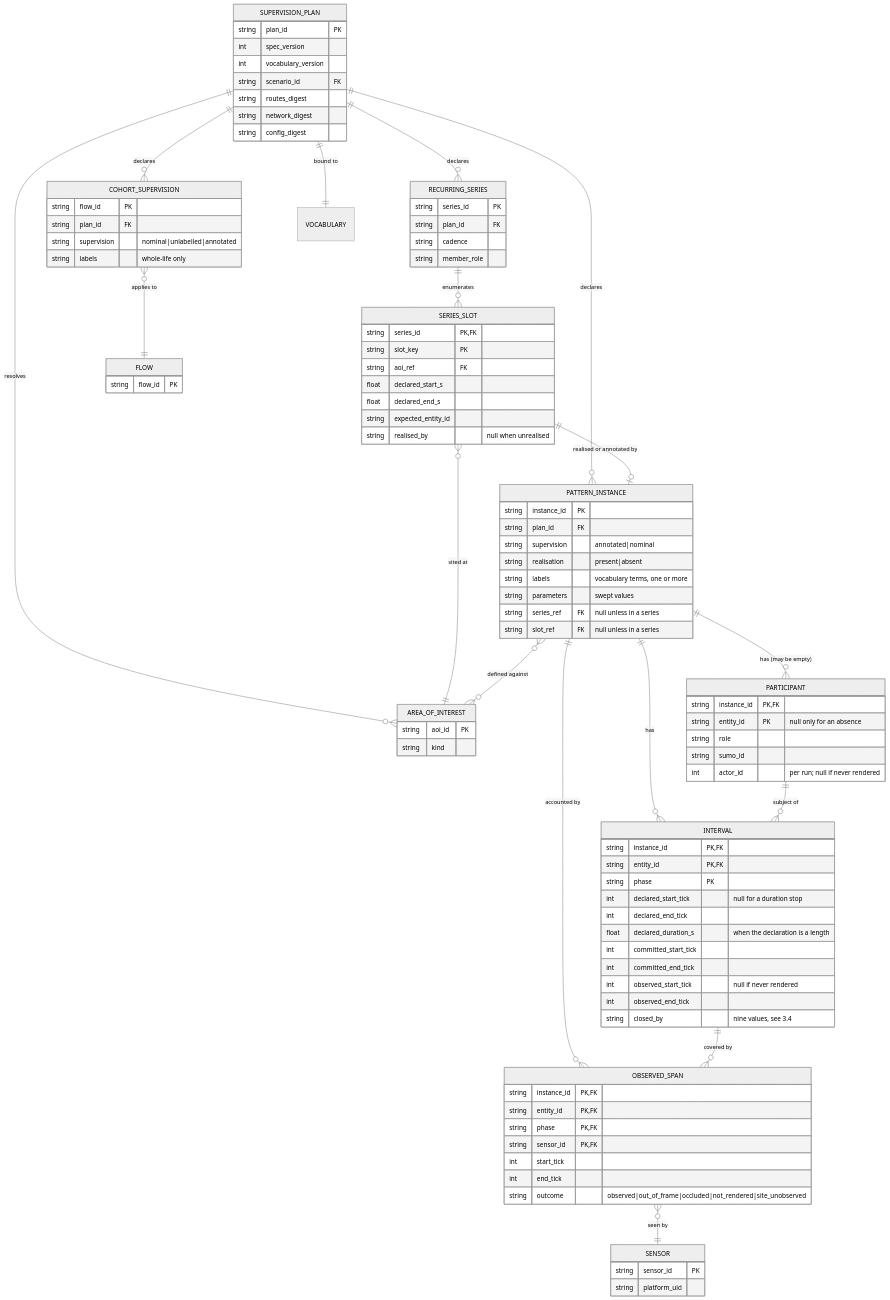
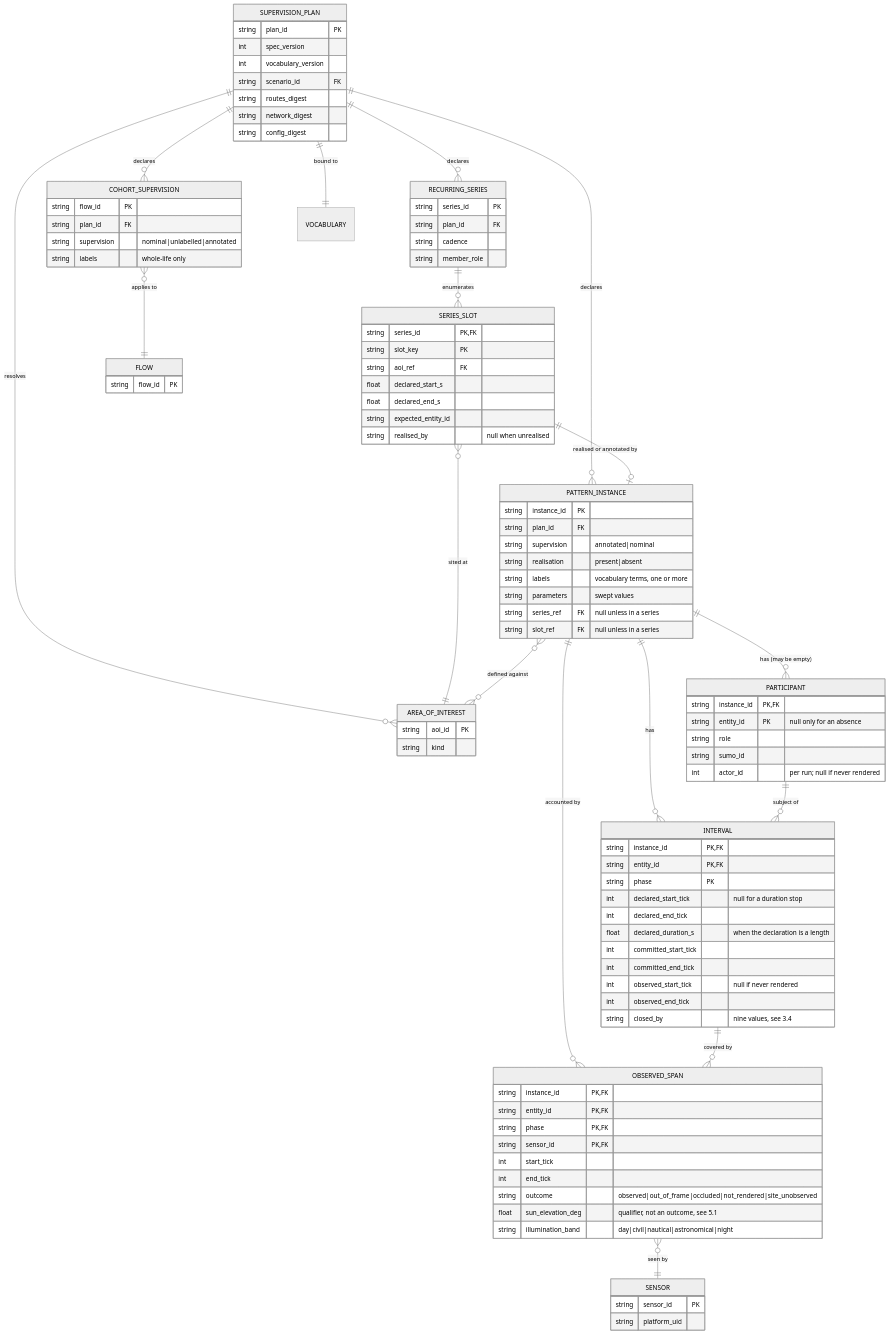
The third of 5 diagrams in Docs/CAT_Research/Plans/SUMO_Behavioral_Capture/06_Truth_And_Annotation.md (sbrett9/carla), drawn with Mermaid (neutral theme) before and after one commit. The commit also changed other lines of this file and 15 other files, not shown here.

```diff
--- a/Docs/CAT_Research/Plans/SUMO_Behavioral_Capture/06_Truth_And_Annotation.md
+++ b/Docs/CAT_Research/Plans/SUMO_Behavioral_Capture/06_Truth_And_Annotation.md
@@ -1097,6 +1534,8 @@
         int start_tick
         int end_tick
         string outcome "observed|out_of_frame|occluded|not_rendered|site_unobserved"
+        float sun_elevation_deg "qualifier, not an outcome, see 5.1"
+        string illumination_band "day|civil|nautical|astronomical|night"
     }
     SENSOR {
         string sensor_id PK
```
